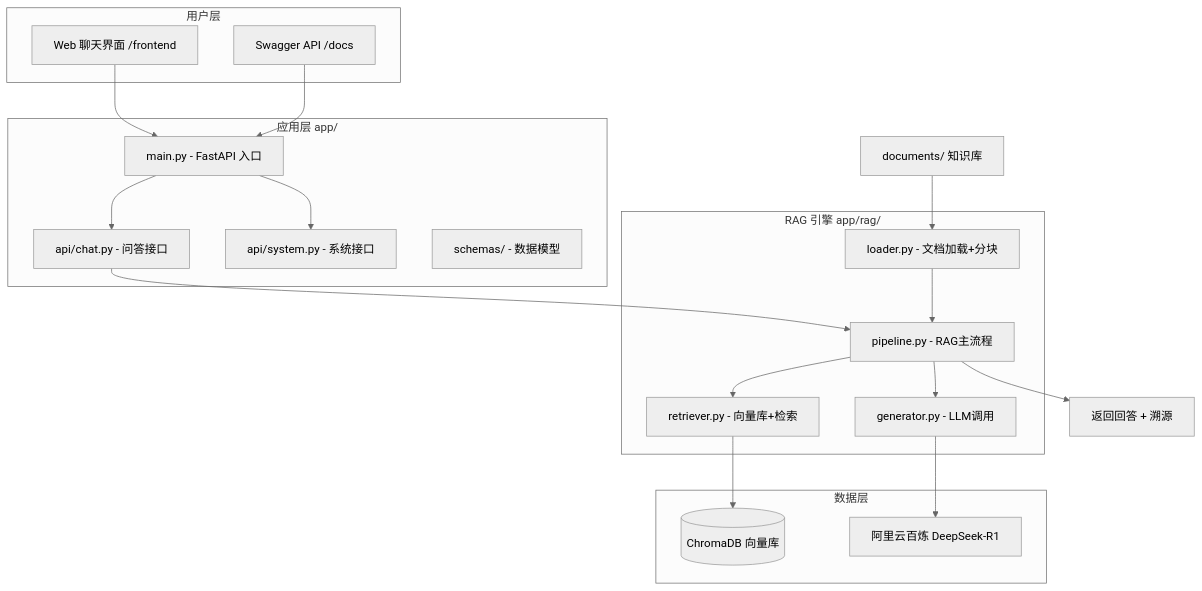
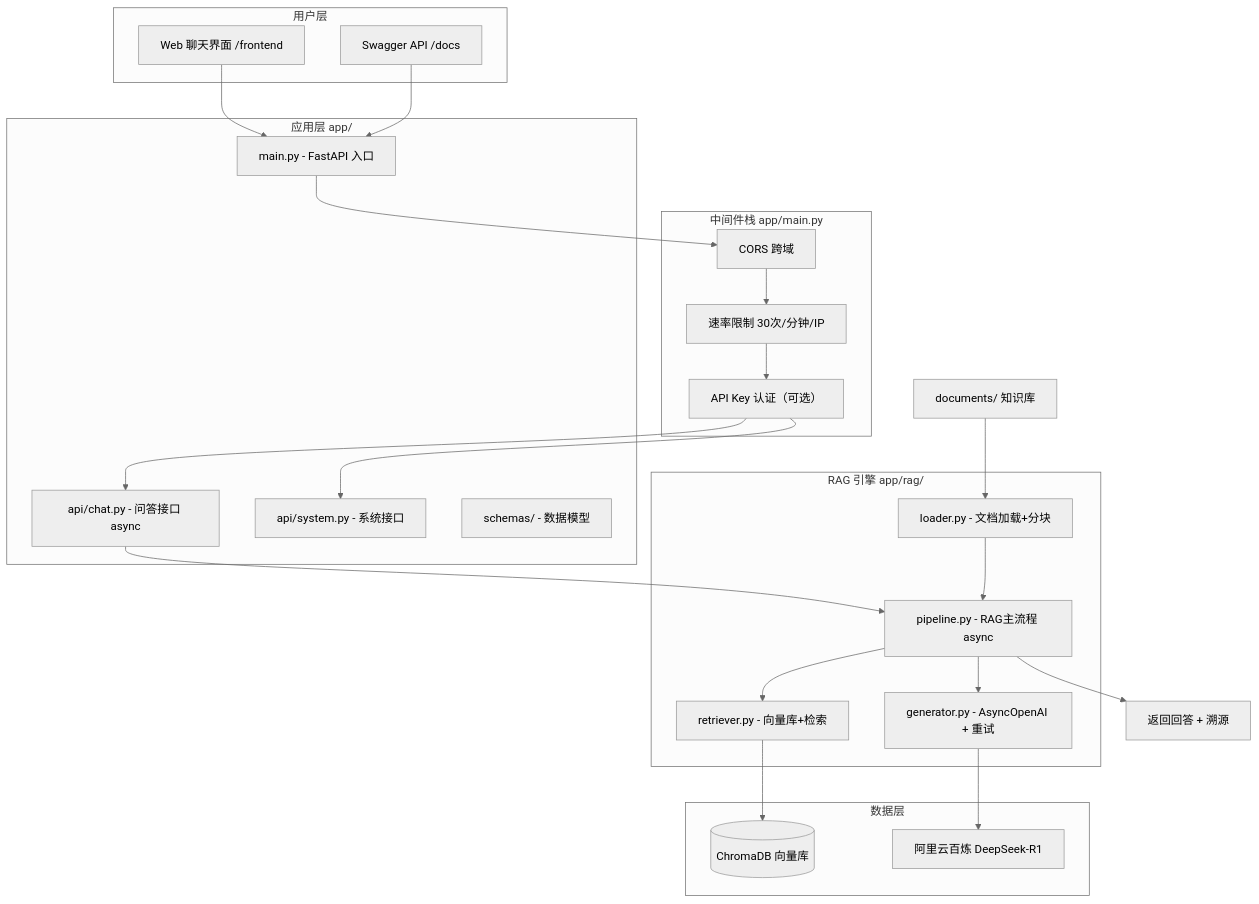
One commit to nobody213123/rag-knowledge-base changed the first of 3 diagrams in README.md. Above: the diagram before and after it, drawn with Mermaid (neutral theme). The commit also changed other lines of this file and 17 other files, not shown here.

````diff
--- a/README.md
+++ b/README.md
@@ -81,40 +81,47 @@
 ```mermaid
 graph TB
     subgraph 用户层
         A[Web 聊天界面 /frontend]
         B[Swagger API /docs]
     end
 
+    subgraph 中间件栈 app/main.py
+        M1[CORS 跨域]
+        M2[速率限制 30次/分钟/IP]
+        M3[API Key 认证（可选）]
+    end
+
     subgraph 应用层 app/
         C[main.py - FastAPI 入口]
-        D[api/chat.py - 问答接口]
+        D[api/chat.py - 问答接口 async]
         E[api/system.py - 系统接口]
         F[schemas/ - 数据模型]
     end
 
     subgraph RAG 引擎 app/rag/
         G[loader.py - 文档加载+分块]
         H[retriever.py - 向量库+检索]
-        I[generator.py - LLM调用]
-        J[pipeline.py - RAG主流程]
+        I[generator.py - AsyncOpenAI + 重试]
+        J[pipeline.py - RAG主流程 async]
     end
 
     subgraph 数据层
         K[(ChromaDB 向量库)]
         L[阿里云百炼 DeepSeek-R1]
     end
 
     A --> C
     B --> C
-    C --> D
-    C --> E
+    C --> M1 --> M2 --> M3
+    M3 --> D
+    M3 --> E
     D --> J
     J --> H
     J --> I
     H --> K
     I --> L
     J --> M[返回回答 + 溯源]
 
     N[documents/ 知识库] --> G
     G --> J
 ```
````
